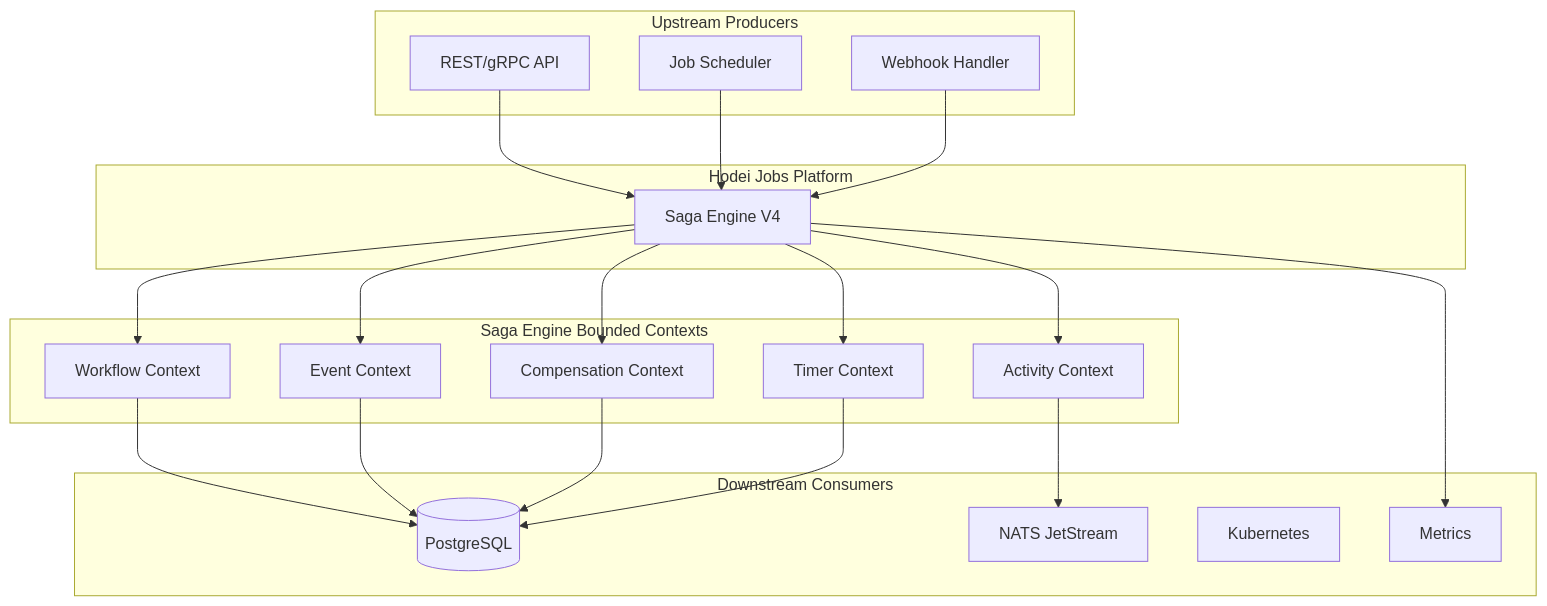
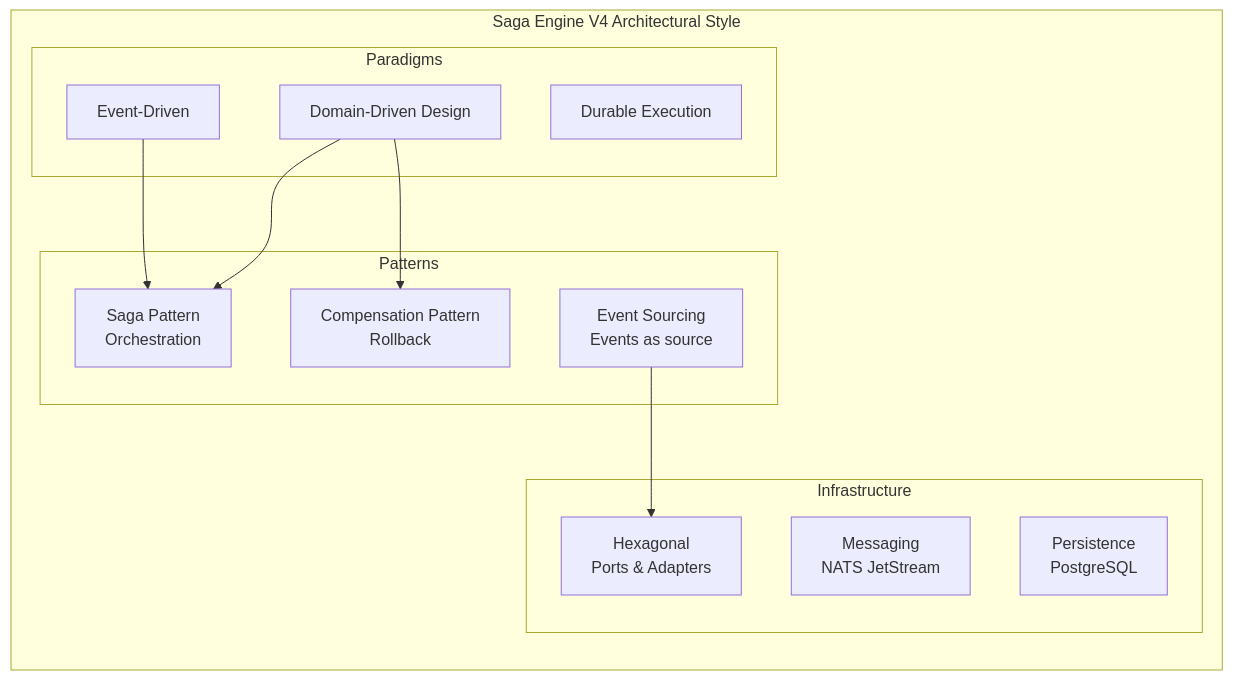
One commit to Rubentxu/hodei-jobs changed the first of 20 diagrams in docs/manuales/SAGA_ENGINE_ARCHITECT_MANUAL_en.md. Above: the diagram before and after it, drawn with Mermaid. The commit also changed other lines of this file and 7 other files, not shown here.

First line of the commit message:
docs(saga-engine): enhance manuals with beginner-friendly tutorials

````diff
--- a/docs/manuales/SAGA_ENGINE_ARCHITECT_MANUAL_en.md
+++ b/docs/manuales/SAGA_ENGINE_ARCHITECT_MANUAL_en.md
@@ -20,45 +71,29 @@
 ```mermaid
-graph TB
-    subgraph "Hodei Jobs Platform"
-        SE[Saga Engine V4]
+flowchart TB
+    subgraph "Saga Engine V4 Architectural Style"
+        direction TB
+        
+        subgraph "Paradigms"
+            E[Event-Driven]
+            D[Domain-Driven Design]
+            DE[Durable Execution]
+        end
+        
+        subgraph "Patterns"
+            S[Saga Pattern<br/>Orchestration]
+            ES[Event Sourcing<br/>Events as source]
+            CP[Compensation Pattern<br/>Rollback]
+        end
+        
+        subgraph "Infrastructure"
+            H[Hexagonal<br/>Ports & Adapters]
+            M[Messaging<br/>NATS JetStream]
+            P[Persistence<br/>PostgreSQL]
+        end
+        
+        E --> S
+        D --> S
+        D --> CP
+        ES --> H
     end
-    
-    subgraph "Upstream Producers"
-        API[REST/gRPC API]
-        Scheduler[Job Scheduler]
-        Webhook[Webhook Handler]
-    end
-    
-    subgraph "Saga Engine Bounded Contexts"
-        WC[Workflow Context]
-        AC[Activity Context]
-        EC[Event Context]
-        CC[Compensation Context]
-        TC[Timer Context]
-    end
-    
-    subgraph "Downstream Consumers"
-        PG[(PostgreSQL)]
-        NS[NATS JetStream]
-        K8S[Kubernetes]
-        StatsD[Metrics]
-    end
-    
-    API --> SE
-    Scheduler --> SE
-    Webhook --> SE
-    
-    SE --> WC
-    SE --> AC
-    SE --> EC
-    SE --> CC
-    SE --> TC
-    
-    WC --> PG
-    AC --> NS
-    EC --> PG
-    CC --> PG
-    TC --> PG
-    
-    SE --> StatsD
 ```
````
